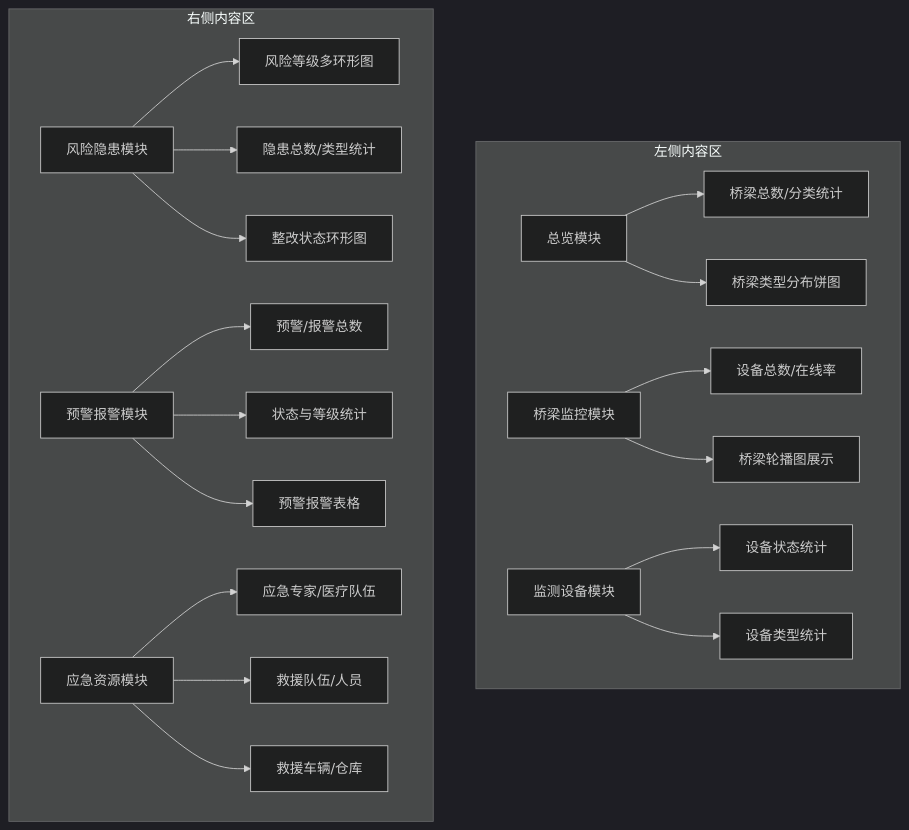
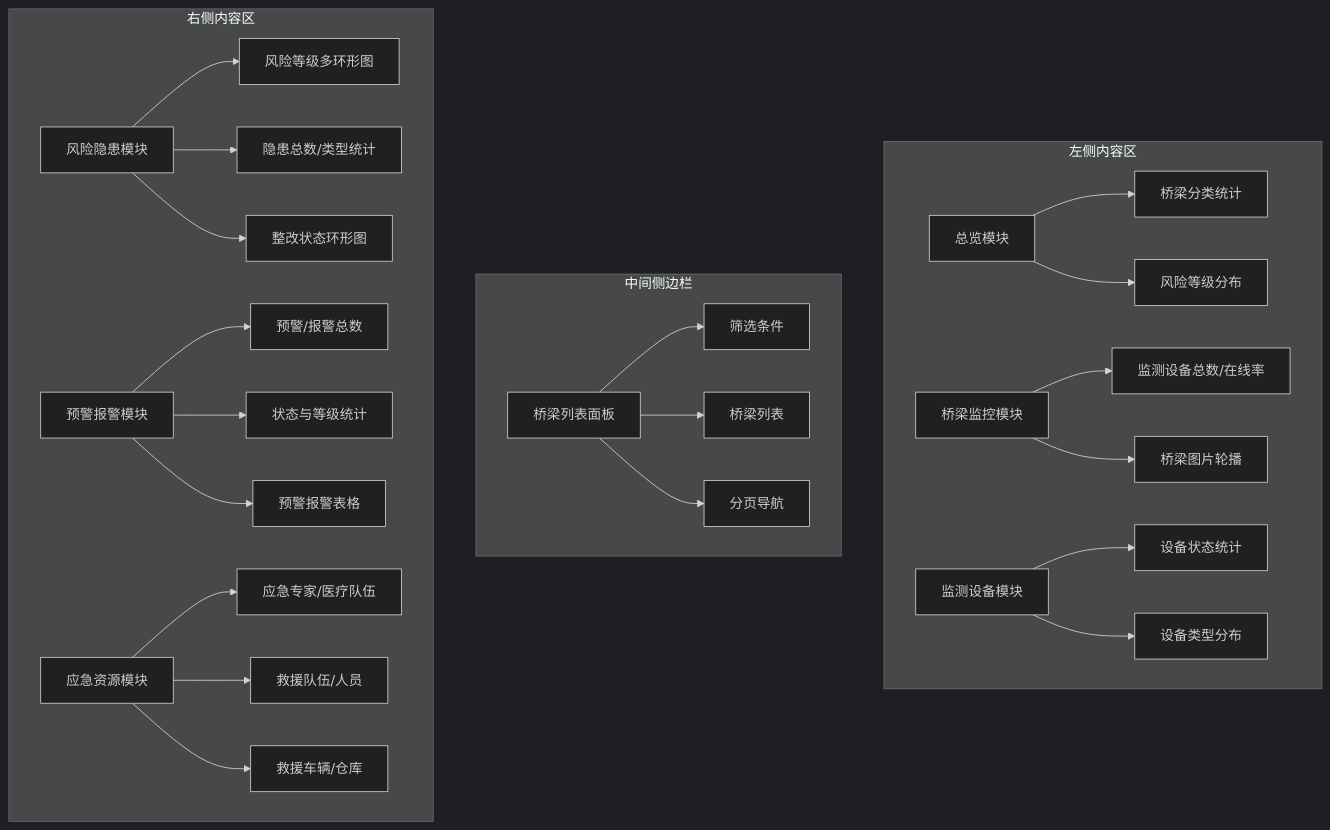
The fourth of 10 diagrams in .qoder/repowiki/zh/content/专项监测模块/专项监测模块.md (zhibo1997/government-dashboard), drawn with Mermaid (dark theme) before and after one commit. The commit also changed other lines of this file and 28 other files, not shown here.

````diff
--- a/.qoder/repowiki/zh/content/专项监测模块/专项监测模块.md
+++ b/.qoder/repowiki/zh/content/专项监测模块/专项监测模块.md
@@ -140,22 +147,27 @@
 ```mermaid
 graph TB
 subgraph 左侧内容区
-A[总览模块] --> B[桥梁总数/分类统计]
-A --> C[桥梁类型分布饼图]
-D[桥梁监控模块] --> E[设备总数/在线率]
-D --> F[桥梁轮播图展示]
-G[监测设备模块] --> H[设备状态统计]
-G --> I[设备类型统计]
+A[总览模块] --> B[桥梁分类统计]
+A --> C[风险等级分布]
+D[桥梁监控模块] --> E[监测设备总数/在线率]
+D --> F[桥梁图片轮播]
+H[监测设备模块] --> I[设备状态统计]
+H --> J[设备类型分布]
+end
+subgraph 中间侧边栏
+K[桥梁列表面板] --> L[筛选条件]
+K --> M[桥梁列表]
+K --> N[分页导航]
 end
 subgraph 右侧内容区
-J[风险隐患模块] --> K[风险等级多环形图]
-J --> L[隐患总数/类型统计]
-J --> M[整改状态环形图]
-N[预警报警模块] --> O[预警/报警总数]
-N --> P[状态与等级统计]
-N --> Q[预警报警表格]
-R[应急资源模块] --> S[应急专家/医疗队伍]
-R --> T[救援队伍/人员]
-R --> U[救援车辆/仓库]
+O[风险隐患模块] --> P[风险等级多环形图]
+O --> Q[隐患总数/类型统计]
+O --> R[整改状态环形图]
+S[预警报警模块] --> T[预警/报警总数]
+S --> U[状态与等级统计]
+S --> V[预警报警表格]
+W[应急资源模块] --> X[应急专家/医疗队伍]
+W --> Y[救援队伍/人员]
+W --> Z[救援车辆/仓库]
 end
 ```
````
